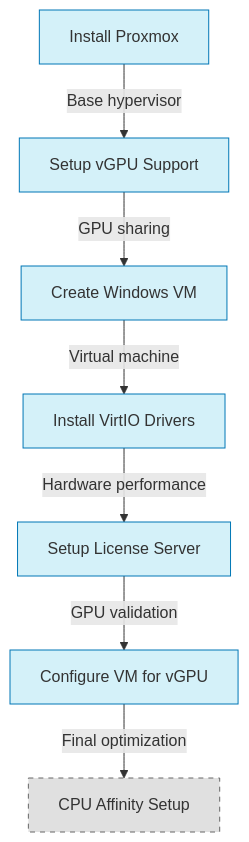
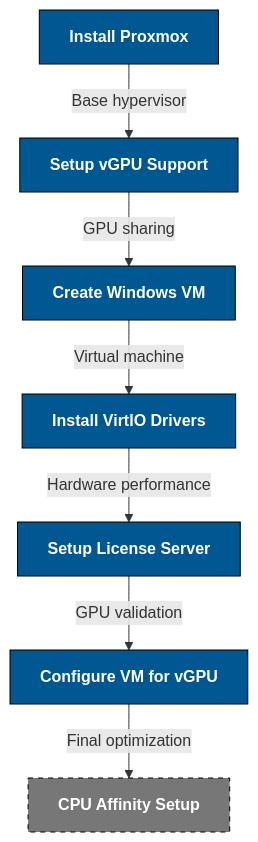
The diagram in README.md (Xenogy/flabs_proxmox), drawn with Mermaid before and after one commit. The commit also changed other lines of this file, not shown here.

Commit message:
flowchart colors + etcher

````diff
--- a/README.md
+++ b/README.md
@@ -65,17 +65,17 @@
 ```mermaid
 flowchart TD
     A[Install Proxmox] -->|Base hypervisor| B[Setup vGPU Support]
     B -->|GPU sharing| C[Create Windows VM]
     C -->|Virtual machine| D[Install VirtIO Drivers]
     D -->|Hardware performance| E[Setup License Server]
     E -->|GPU validation| F[Configure VM for vGPU]
     F -->|Final optimization| G[CPU Affinity Setup]
 
-    style A fill:#d4f1f9,stroke:#0077b6
-    style B fill:#d4f1f9,stroke:#0077b6
-    style C fill:#d4f1f9,stroke:#0077b6
-    style D fill:#d4f1f9,stroke:#0077b6
-    style E fill:#d4f1f9,stroke:#0077b6
-    style F fill:#d4f1f9,stroke:#0077b6
-    style G fill:#e0e0e0,stroke:#666666,stroke-dasharray: 5 5
+    style A fill:#005792,stroke:#000000,color:#ffffff,font-weight:bold
+    style B fill:#005792,stroke:#000000,color:#ffffff,font-weight:bold
+    style C fill:#005792,stroke:#000000,color:#ffffff,font-weight:bold
+    style D fill:#005792,stroke:#000000,color:#ffffff,font-weight:bold
+    style E fill:#005792,stroke:#000000,color:#ffffff,font-weight:bold
+    style F fill:#005792,stroke:#000000,color:#ffffff,font-weight:bold
+    style G fill:#777777,stroke:#000000,color:#ffffff,font-weight:bold,stroke-dasharray: 5 5
 ```
````
